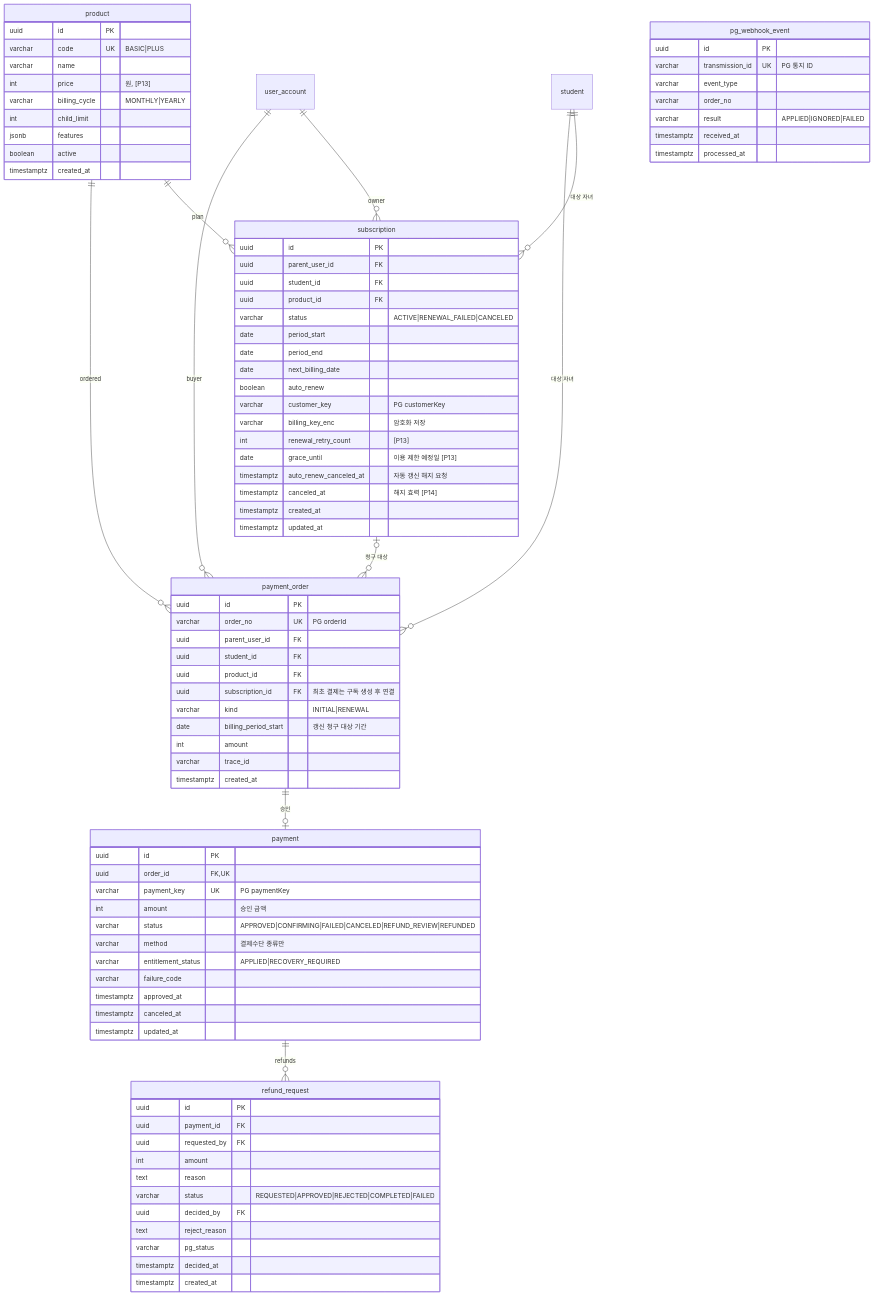
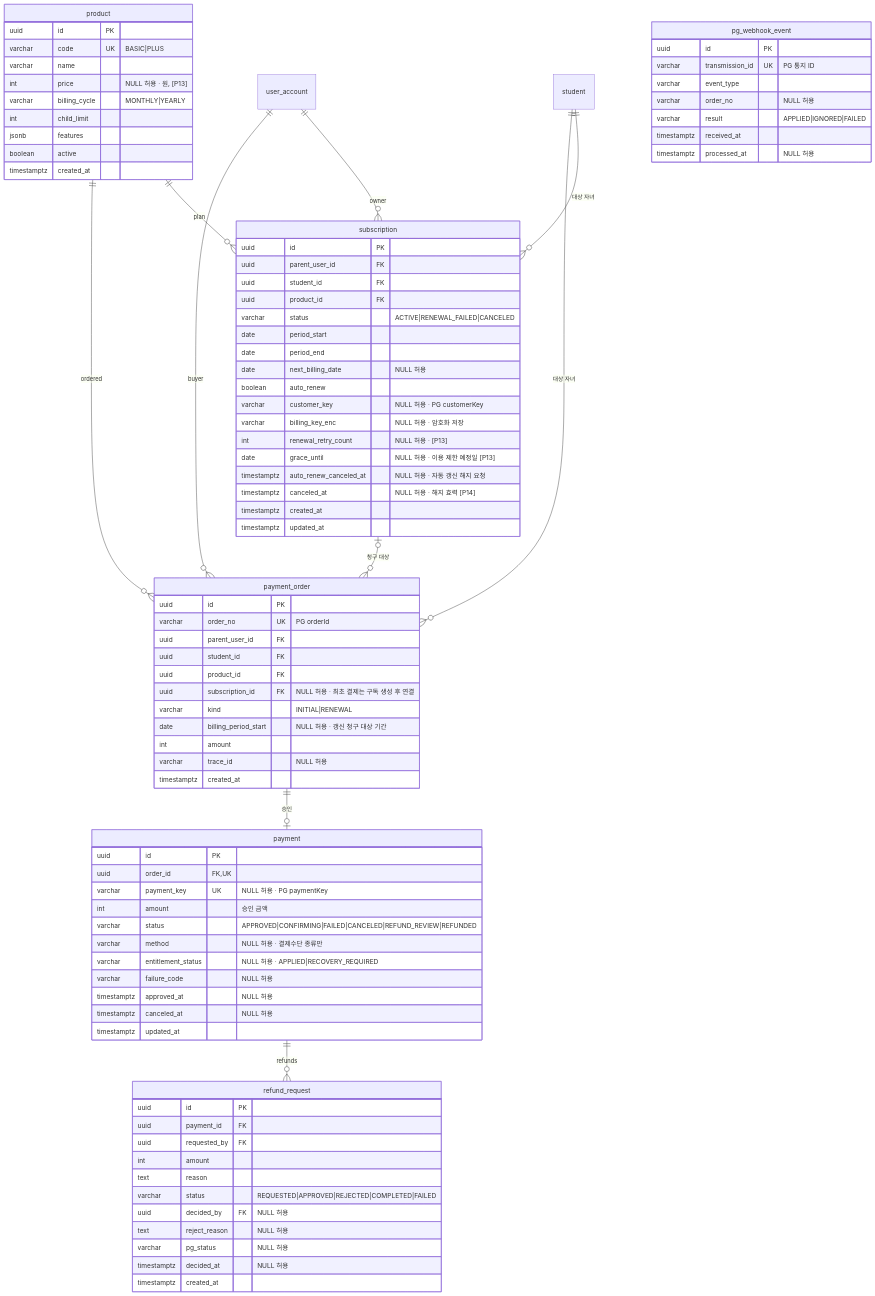
One commit to SKNETWORKS-FAMILY-AICAMP/SKN34-FINAL-3TEAM changed the fourth of 9 diagrams in docs/design/erd.md. Above: the diagram before and after it, drawn with Mermaid. The commit also changed other lines of this file and 2 other files, not shown here.

Commit message:
docs: 이슈 #5 ERD 계약과 후속 검토 범위 정리

````diff
--- a/docs/design/erd.md
+++ b/docs/design/erd.md
@@ -368,7 +372,7 @@
     uuid id PK
     varchar code UK "BASIC|PLUS"
     varchar name
-    int price "원, [P13]"
+    int price "NULL 허용 · 원, [P13]"
     varchar billing_cycle "MONTHLY|YEARLY"
     int child_limit
     jsonb features
@@ -381,24 +385,24 @@
     uuid parent_user_id FK
     uuid student_id FK
     uuid product_id FK
-    uuid subscription_id FK "최초 결제는 구독 생성 후 연결"
+    uuid subscription_id FK "NULL 허용 · 최초 결제는 구독 생성 후 연결"
     varchar kind "INITIAL|RENEWAL"
-    date billing_period_start "갱신 청구 대상 기간"
+    date billing_period_start "NULL 허용 · 갱신 청구 대상 기간"
     int amount
-    varchar trace_id
+    varchar trace_id "NULL 허용"
     timestamptz created_at
   }
   payment {
     uuid id PK
     uuid order_id FK,UK
-    varchar payment_key UK "PG paymentKey"
+    varchar payment_key UK "NULL 허용 · PG paymentKey"
     int amount "승인 금액"
     varchar status "APPROVED|CONFIRMING|FAILED|CANCELED|REFUND_REVIEW|REFUNDED"
-    varchar method "결제수단 종류만"
-    varchar entitlement_status "APPLIED|RECOVERY_REQUIRED"
-    varchar failure_code
-    timestamptz approved_at
-    timestamptz canceled_at
+    varchar method "NULL 허용 · 결제수단 종류만"
+    varchar entitlement_status "NULL 허용 · APPLIED|RECOVERY_REQUIRED"
+    varchar failure_code "NULL 허용"
+    timestamptz approved_at "NULL 허용"
+    timestamptz canceled_at "NULL 허용"
     timestamptz updated_at
   }
   subscription {
@@ -409,14 +413,14 @@
     varchar status "ACTIVE|RENEWAL_FAILED|CANCELED"
     date period_start
     date period_end
-    date next_billing_date
+    date next_billing_date "NULL 허용"
     boolean auto_renew
-    varchar customer_key "PG customerKey"
-    varchar billing_key_enc "암호화 저장"
-    int renewal_retry_count "[P13]"
-    date grace_until "이용 제한 예정일 [P13]"
-    timestamptz auto_renew_canceled_at "자동 갱신 해지 요청"
-    timestamptz canceled_at "해지 효력 [P14]"
+    varchar customer_key "NULL 허용 · PG customerKey"
+    varchar billing_key_enc "NULL 허용 · 암호화 저장"
+    int renewal_retry_count "NULL 허용 · [P13]"
+    date grace_until "NULL 허용 · 이용 제한 예정일 [P13]"
+    timestamptz auto_renew_canceled_at "NULL 허용 · 자동 갱신 해지 요청"
+    timestamptz canceled_at "NULL 허용 · 해지 효력 [P14]"
     timestamptz created_at
     timestamptz updated_at
   }
@@ -427,19 +431,19 @@
     int amount
     text reason
     varchar status "REQUESTED|APPROVED|REJECTED|COMPLETED|FAILED"
-    uuid decided_by FK
-    text reject_reason
-    varchar pg_status
-    timestamptz decided_at
+    uuid decided_by FK "NULL 허용"
+    text reject_reason "NULL 허용"
+    varchar pg_status "NULL 허용"
+    timestamptz decided_at "NULL 허용"
     timestamptz created_at
   }
   pg_webhook_event {
     uuid id PK
     varchar transmission_id UK "PG 통지 ID"
     varchar event_type
-    varchar order_no
+    varchar order_no "NULL 허용"
     varchar result "APPLIED|IGNORED|FAILED"
     timestamptz received_at
-    timestamptz processed_at
+    timestamptz processed_at "NULL 허용"
   }
 ```
````
